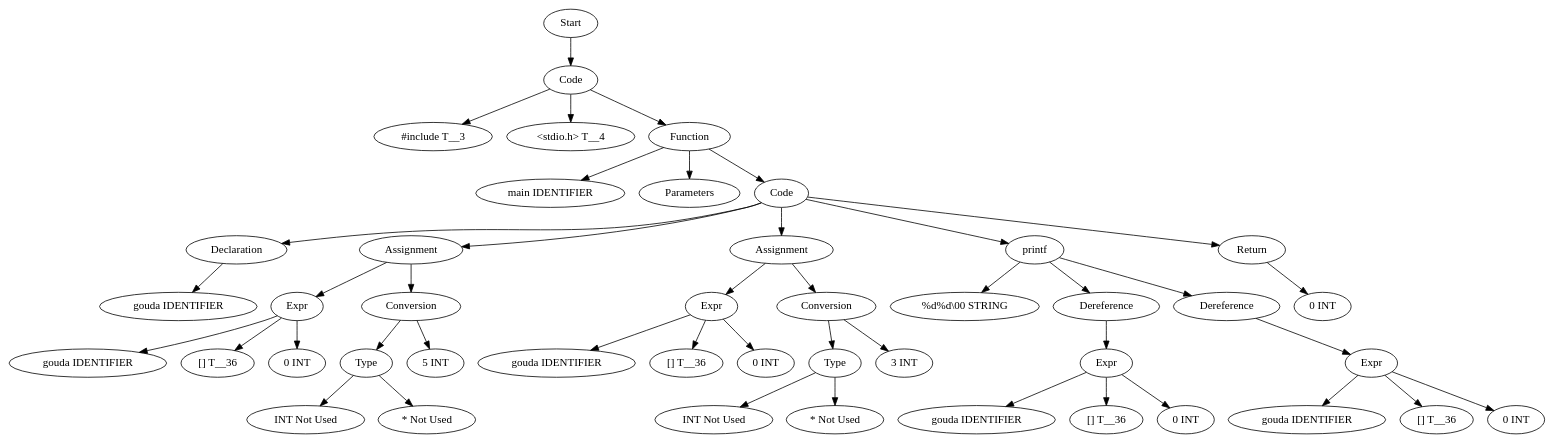
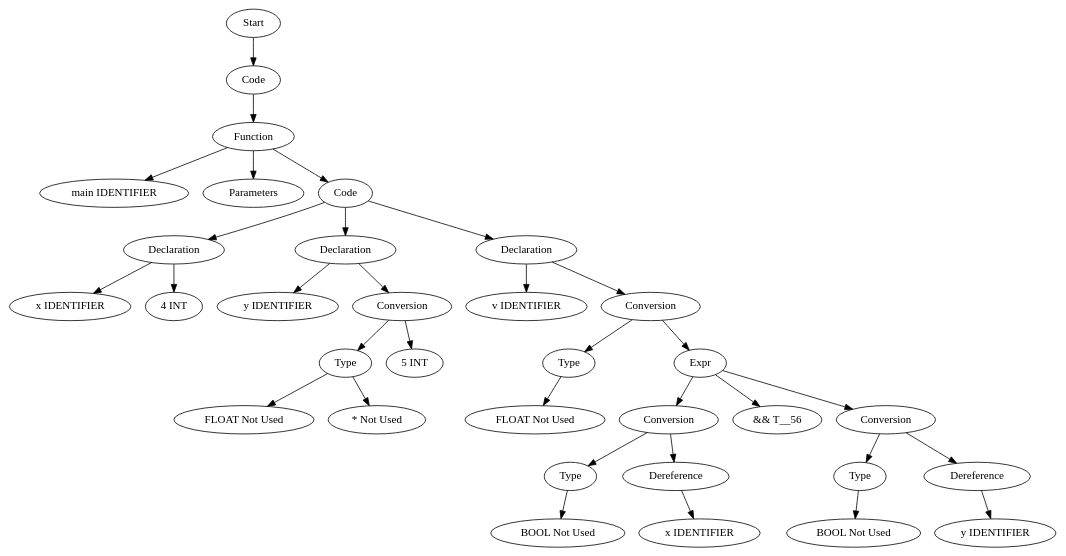
Before and after one commit to Are-you-listening/Compilers: the diagram in TestCases/ASTTests/ConversionTests/createTests/read_file_after.dot, drawn with Graphviz. The commit also changed 363 other files, not shown here.

```diff
--- a/TestCases/ASTTests/ConversionTests/createTests/read_file_after.dot
+++ b/TestCases/ASTTests/ConversionTests/createTests/read_file_after.dot
@@ -1,89 +1,67 @@
 digraph AST {
-  "139995272142832" [label="Start"];
-  "139995272142832" -> "139995272141392";
-  "139995272141392" [label="Code"];
-  "139995272141392" -> "139995272141968";
-  "139995272141392" -> "139995272142112";
-  "139995272141392" -> "139995272146144";
-  "139995272141968" [label="#include T__3"];
-  "139995272142112" [label="<stdio.h> T__4"];
-  "139995272146144" [label="Function"];
-  "139995272146144" -> "139995272146336";
-  "139995272146144" -> "139995272136976";
-  "139995272146144" -> "139995272137696";
-  "139995272146336" [label="main IDENTIFIER"];
-  "139995272136976" [label="Parameters"];
-  "139995272137696" [label="Code"];
-  "139995272137696" -> "139995272142880";
-  "139995272137696" -> "139995272139808";
-  "139995272137696" -> "139995272141728";
-  "139995272137696" -> "139995272138992";
-  "139995272137696" -> "139995272138944";
-  "139995272142880" [label="Declaration"];
-  "139995272142880" -> "139995272141008";
-  "139995272141008" [label="gouda IDENTIFIER"];
-  "139995272139808" [label="Assignment"];
-  "139995272139808" -> "139995272141104";
-  "139995272139808" -> "139995272142208";
-  "139995272141104" [label="Expr"];
-  "139995272141104" -> "139995272144560";
-  "139995272141104" -> "139995272142736";
-  "139995272141104" -> "139995272142160";
-  "139995272144560" [label="gouda IDENTIFIER"];
-  "139995272142736" [label="[] T__36"];
-  "139995272142160" [label="0 INT"];
-  "139995272142208" [label="Conversion"];
-  "139995272142208" -> "139995272141248";
-  "139995272142208" -> "139995272145520";
-  "139995272141248" [label="Type"];
-  "139995272141248" -> "139995272145472";
-  "139995272141248" -> "139995272137744";
-  "139995272145472" [label="INT Not Used"];
-  "139995272137744" [label="* Not Used"];
-  "139995272145520" [label="5 INT"];
-  "139995272141728" [label="Assignment"];
-  "139995272141728" -> "139995272138032";
-  "139995272141728" -> "139995272140192";
-  "139995272138032" [label="Expr"];
-  "139995272138032" -> "139995272145760";
-  "139995272138032" -> "139995272145808";
-  "139995272138032" -> "139995272144608";
-  "139995272145760" [label="gouda IDENTIFIER"];
-  "139995272145808" [label="[] T__36"];
-  "139995272144608" [label="0 INT"];
-  "139995272140192" [label="Conversion"];
-  "139995272140192" -> "139995272141200";
-  "139995272140192" -> "139995272139232";
-  "139995272141200" [label="Type"];
-  "139995272141200" -> "139995272136592";
-  "139995272141200" -> "139995272142448";
-  "139995272136592" [label="INT Not Used"];
-  "139995272142448" [label="* Not Used"];
-  "139995272139232" [label="3 INT"];
-  "139995272138992" [label="printf"];
-  "139995272138992" -> "139995272145568";
-  "139995272138992" -> "139995272145424";
-  "139995272138992" -> "139995272145376";
-  "139995272145568" [label="%d%d\\00 STRING"];
-  "139995272145424" [label="Dereference"];
-  "139995272145424" -> "139995272142496";
-  "139995272142496" [label="Expr"];
-  "139995272142496" -> "139995272141920";
-  "139995272142496" -> "139995272138896";
-  "139995272142496" -> "139995272139568";
-  "139995272141920" [label="gouda IDENTIFIER"];
-  "139995272138896" [label="[] T__36"];
-  "139995272139568" [label="0 INT"];
-  "139995272145376" [label="Dereference"];
-  "139995272145376" -> "139995272137792";
-  "139995272137792" [label="Expr"];
-  "139995272137792" -> "139995272137312";
-  "139995272137792" -> "139995272136544";
-  "139995272137792" -> "139995272138272";
-  "139995272137312" [label="gouda IDENTIFIER"];
-  "139995272136544" [label="[] T__36"];
-  "139995272138272" [label="0 INT"];
-  "139995272138944" [label="Return"];
-  "139995272138944" -> "139995272145280";
-  "139995272145280" [label="0 INT"];
+  "130888520645600" [label="Start"];
+  "130888520645600" -> "130888520632160";
+  "130888520632160" [label="Code"];
+  "130888520632160" -> "130888520568400";
+  "130888520568400" [label="Function"];
+  "130888520568400" -> "130888520571616";
+  "130888520568400" -> "130888520571088";
+  "130888520568400" -> "130888520568544";
+  "130888520571616" [label="main IDENTIFIER"];
+  "130888520571088" [label="Parameters"];
+  "130888520568544" [label="Code"];
+  "130888520568544" -> "130888520572096";
+  "130888520568544" -> "130888520566864";
+  "130888520568544" -> "130888520564848";
+  "130888520572096" [label="Declaration"];
+  "130888520572096" -> "130888520572048";
+  "130888520572096" -> "130888520566912";
+  "130888520572048" [label="x IDENTIFIER"];
+  "130888520566912" [label="4 INT"];
+  "130888520566864" [label="Declaration"];
+  "130888520566864" -> "130888520569024";
+  "130888520566864" -> "130888520569120";
+  "130888520569024" [label="y IDENTIFIER"];
+  "130888520569120" [label="Conversion"];
+  "130888520569120" -> "130888520569408";
+  "130888520569120" -> "130888520570128";
+  "130888520569408" [label="Type"];
+  "130888520569408" -> "130888520569264";
+  "130888520569408" -> "130888520569648";
+  "130888520569264" [label="FLOAT Not Used"];
+  "130888520569648" [label="* Not Used"];
+  "130888520570128" [label="5 INT"];
+  "130888520564848" [label="Declaration"];
+  "130888520564848" -> "130888520570176";
+  "130888520564848" -> "130888520568784";
+  "130888520570176" [label="v IDENTIFIER"];
+  "130888520568784" [label="Conversion"];
+  "130888520568784" -> "130888520568064";
+  "130888520568784" -> "130888520573008";
+  "130888520568064" [label="Type"];
+  "130888520568064" -> "130888520568016";
+  "130888520568016" [label="FLOAT Not Used"];
+  "130888520573008" [label="Expr"];
+  "130888520573008" -> "130888520567488";
+  "130888520573008" -> "130888520574112";
+  "130888520573008" -> "130888520574544";
+  "130888520567488" [label="Conversion"];
+  "130888520567488" -> "130888520577952";
+  "130888520567488" -> "130888520576368";
+  "130888520577952" [label="Type"];
+  "130888520577952" -> "130888520574304";
+  "130888520574304" [label="BOOL Not Used"];
+  "130888520576368" [label="Dereference"];
+  "130888520576368" -> "130888520567104";
+  "130888520567104" [label="x IDENTIFIER"];
+  "130888520574112" [label="&& T__56"];
+  "130888520574544" [label="Conversion"];
+  "130888520574544" -> "130888520579920";
+  "130888520574544" -> "130888520566192";
+  "130888520579920" [label="Type"];
+  "130888520579920" -> "130888520574400";
+  "130888520574400" [label="BOOL Not Used"];
+  "130888520566192" [label="Dereference"];
+  "130888520566192" -> "130888520580784";
+  "130888520580784" [label="y IDENTIFIER"];
 }
```
